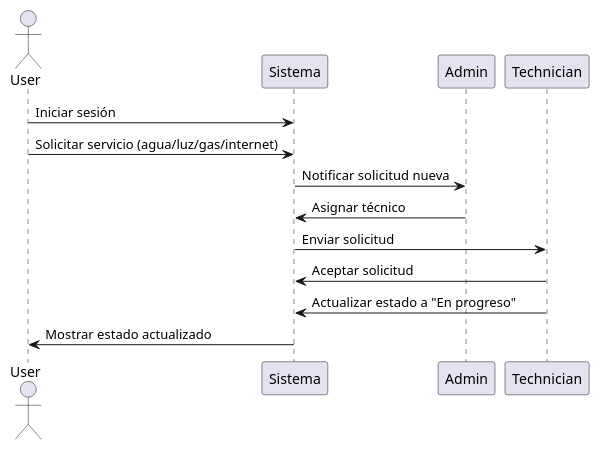
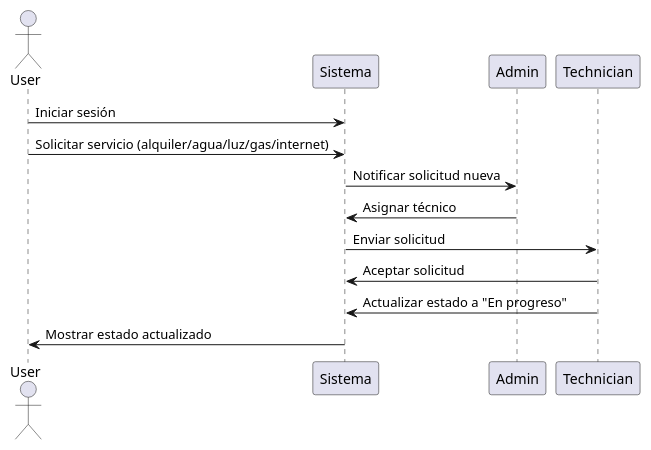
Before and after one commit to jose-ruti/Programacion-II: the diagram in sequence_diagram.puml, drawn with PlantUML. The commit also changed 2 other files, not shown here.

Commit message:
modificacion del diagrama

```diff
--- a/sequence_diagram.puml
+++ b/sequence_diagram.puml
@@ -1,17 +1,17 @@
 @startuml sequence_alquilero
 
 actor User
 participant "Sistema" as S
 participant "Admin" as A
 participant "Technician" as T
 
 User -> S : Iniciar sesión
-User -> S : Solicitar servicio (agua/luz/gas/internet)
+User -> S : Solicitar servicio (alquiler/agua/luz/gas/internet)
 S -> A : Notificar solicitud nueva
 A -> S : Asignar técnico
 S -> T : Enviar solicitud
 T -> S : Aceptar solicitud
 T -> S : Actualizar estado a "En progreso"
 S -> User : Mostrar estado actualizado
 
 @enduml
```
